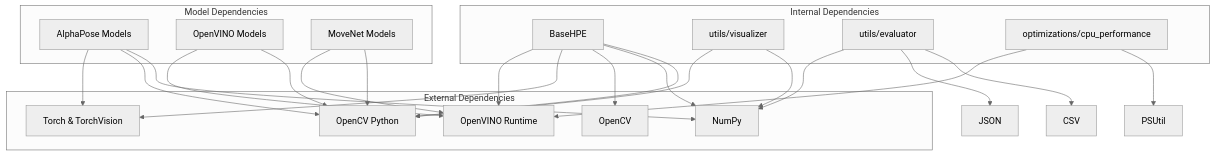
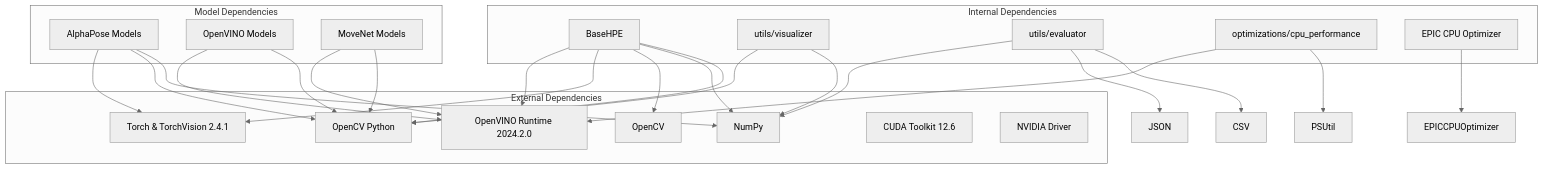
Before and after one commit to Fogus-Gr/MeasurementsDTs: the eighth of 12 diagrams in .qoder/repowiki/en/content/Project Overview.md, drawn with Mermaid (neutral theme). The commit also changed other lines of this file and 8 other files, not shown here.

````diff
--- a/.qoder/repowiki/en/content/Project Overview.md
+++ b/.qoder/repowiki/en/content/Project Overview.md
@@ -342,40 +377,44 @@
 ```mermaid
 graph TB
 subgraph "External Dependencies"
-OpenVINO[OpenVINO Runtime]
-PyTorch[Torch & TorchVision]
+OpenVINO[OpenVINO Runtime 2024.2.0]
+PyTorch[Torch & TorchVision 2.4.1]
 OpenCV[OpenCV]
 NumPy[NumPy]
 CV2[OpenCV Python]
+CUDA[CUDA Toolkit 12.6]
+NVIDIADriver[NVIDIA Driver]
 end
 subgraph "Internal Dependencies"
 BaseHPE[BaseHPE]
 Visualizer[utils/visualizer]
 Evaluator[utils/evaluator]
 Optimizer[optimizations/cpu_performance]
+CPUOptimizer[EPIC CPU Optimizer]
 end
 subgraph "Model Dependencies"
 AlphaPose[AlphaPose Models]
 OpenVINOModels[OpenVINO Models]
 MoveNetModels[MoveNet Models]
 end
 BaseHPE --> OpenVINO
 BaseHPE --> PyTorch
 BaseHPE --> OpenCV
 BaseHPE --> NumPy
 BaseHPE --> CV2
 AlphaPose --> PyTorch
 AlphaPose --> CV2
 AlphaPose --> NumPy
 OpenVINOModels --> OpenVINO
 OpenVINOModels --> CV2
 MoveNetModels --> OpenVINO
 MoveNetModels --> CV2
 Visualizer --> CV2
 Visualizer --> NumPy
 Evaluator --> NumPy
 Evaluator --> JSON
 Evaluator --> CSV
 Optimizer --> OpenVINO
 Optimizer --> PSUtil
+CPUOptimizer --> EPICCPUOptimizer
 ```
````
